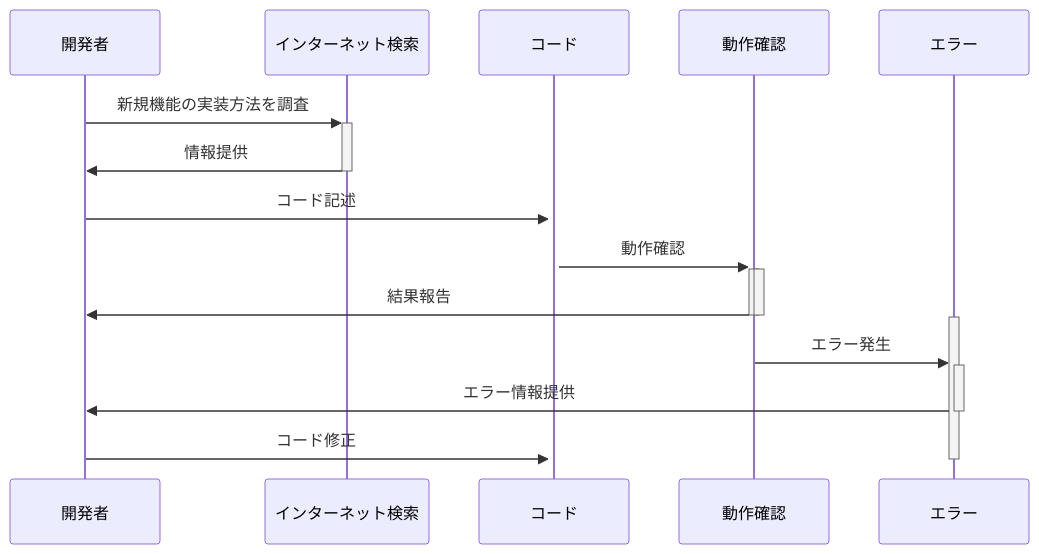
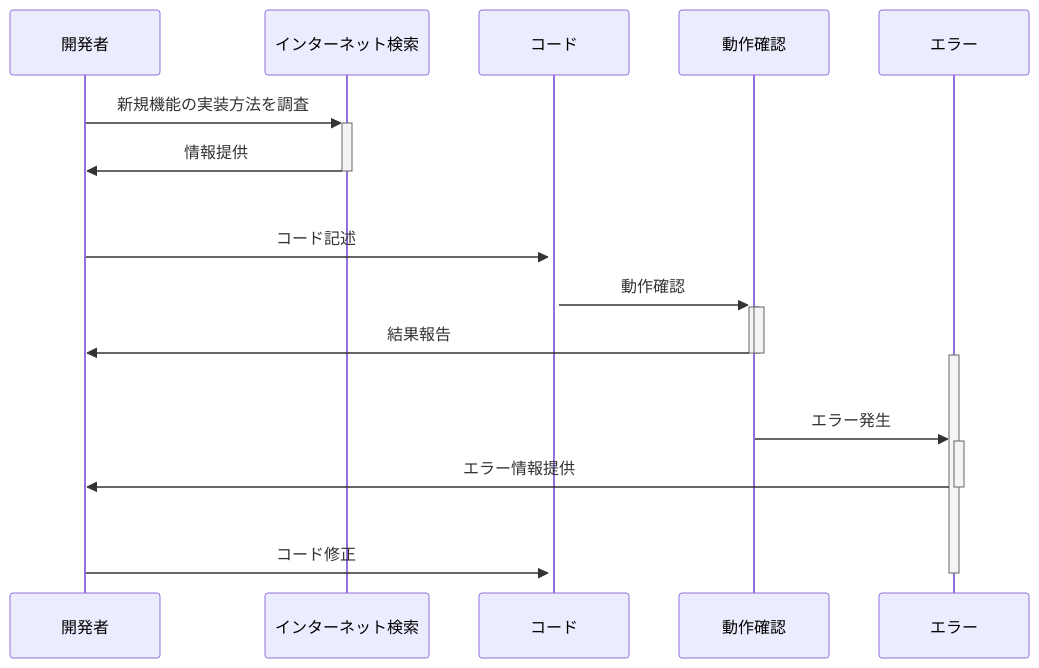
One commit to SparklingDetergent/doc_genai_Regarding_the_use_of_local_LLM_and_LLM_on_cloud_services changed the second of 7 diagrams in README.md. Above: the diagram before and after it, drawn with Mermaid. The commit also changed other lines of this file, not shown here.

````diff
--- a/README.md
+++ b/README.md
@@ -71,26 +72,26 @@
 ```mermaid
 sequenceDiagram
     participant 開発者
     participant インターネット検索
     participant コード
     participant 動作確認
     participant エラー
 
     開発者->>+インターネット検索: 新規機能の実装方法を調査
     インターネット検索->>-開発者: 情報提供
-    開発者->>+コード: コード記述
+    開発者->>+コード: <br/><br/>コード記述
     コード->>+動作確認: 動作確認
     
     activate 動作確認
     動作確認->>-開発者: 結果報告
     deactivate 動作確認
 
     activate エラー
-    動作確認->>+エラー: エラー発生
+    動作確認->>+エラー: <br/><br/>エラー発生
     エラー->>-開発者: エラー情報提供
-    開発者->>+コード: コード修正
+    開発者->>+コード: <br/><br/>コード修正
     deactivate エラー
 
 
 
 ```
````
